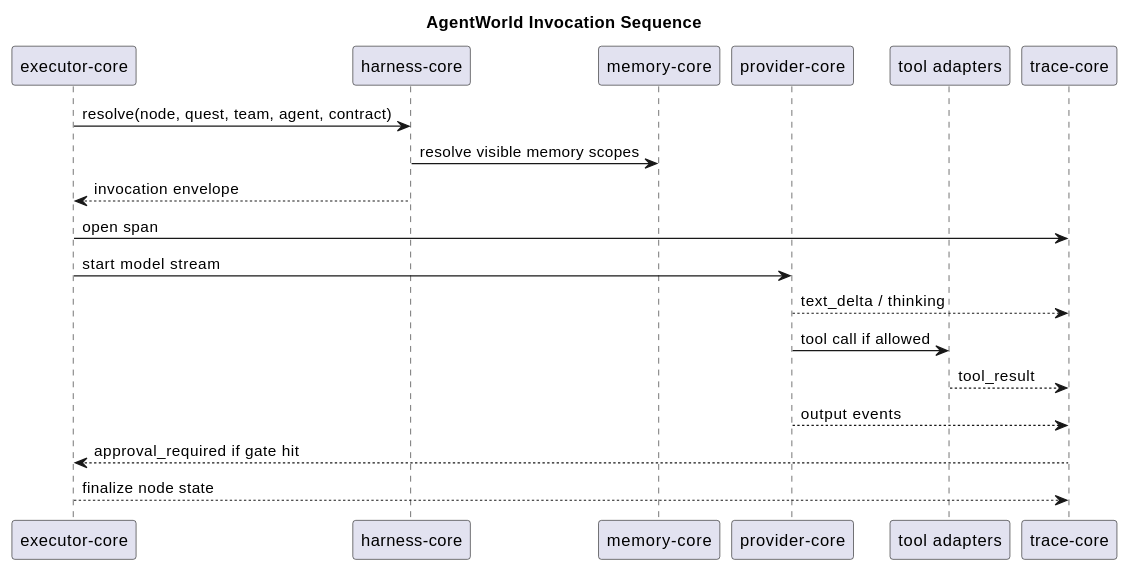
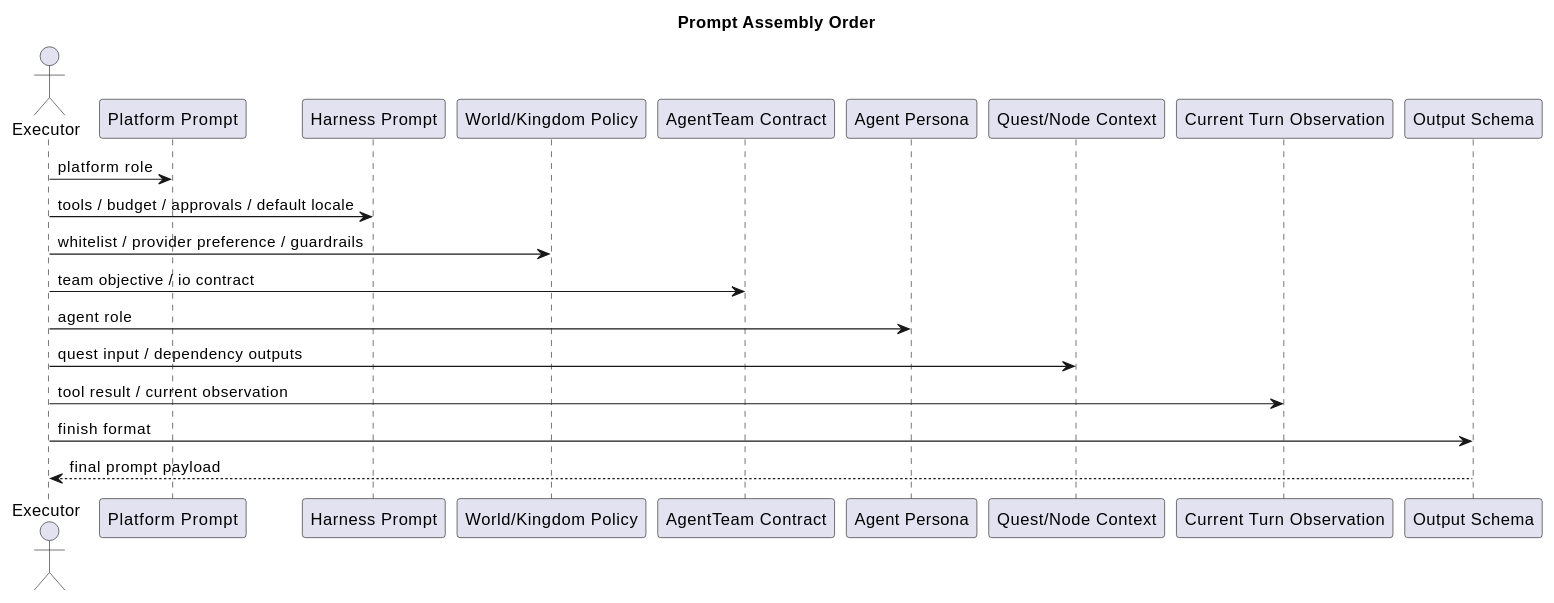
The seventh of 7 diagrams in docs/detailed-design.en.md (SimonMing47/agent-world), drawn with PlantUML before and after one commit. The commit also changed other lines of this file and 29 other files, not shown here.

````diff
--- a/docs/detailed-design.en.md
+++ b/docs/detailed-design.en.md
@@ -1104,25 +1235,24 @@
 ```plantuml
 @startuml
-title AgentWorld Invocation Sequence
+title Prompt Assembly Order
+actor Executor
+participant "Platform Prompt" as P1
+participant "Harness Prompt" as P2
+participant "World/Kingdom Policy" as P3
+participant "AgentTeam Contract" as P4
+participant "Agent Persona" as P5
+participant "Quest/Node Context" as P6
+participant "Current Turn Observation" as P7
+participant "Output Schema" as P8
 
-participant "executor-core" as Executor
-participant "harness-core" as Harness
-participant "memory-core" as Memory
-participant "provider-core" as Provider
-participant "tool adapters" as Tools
-participant "trace-core" as Trace
-
-Executor -> Harness : resolve(node, quest, team, agent, contract)
-Harness -> Memory : resolve visible memory scopes
-Harness --> Executor : invocation envelope
-Executor -> Trace : open span
-Executor -> Provider : start model stream
-Provider --> Trace : text_delta / thinking
-Provider -> Tools : tool call if allowed
-Tools --> Trace : tool_result
-Provider --> Trace : output events
-Trace --> Executor : approval_required if gate hit
-Executor --> Trace : finalize node state
-
+Executor -> P1 : platform role
+Executor -> P2 : tools / budget / approvals / default locale
+Executor -> P3 : whitelist / provider preference / guardrails
+Executor -> P4 : team objective / io contract
+Executor -> P5 : agent role
+Executor -> P6 : quest input / dependency outputs
+Executor -> P7 : tool result / current observation
+Executor -> P8 : finish format
+P8 --> Executor : final prompt payload
 @enduml
 ```
````
